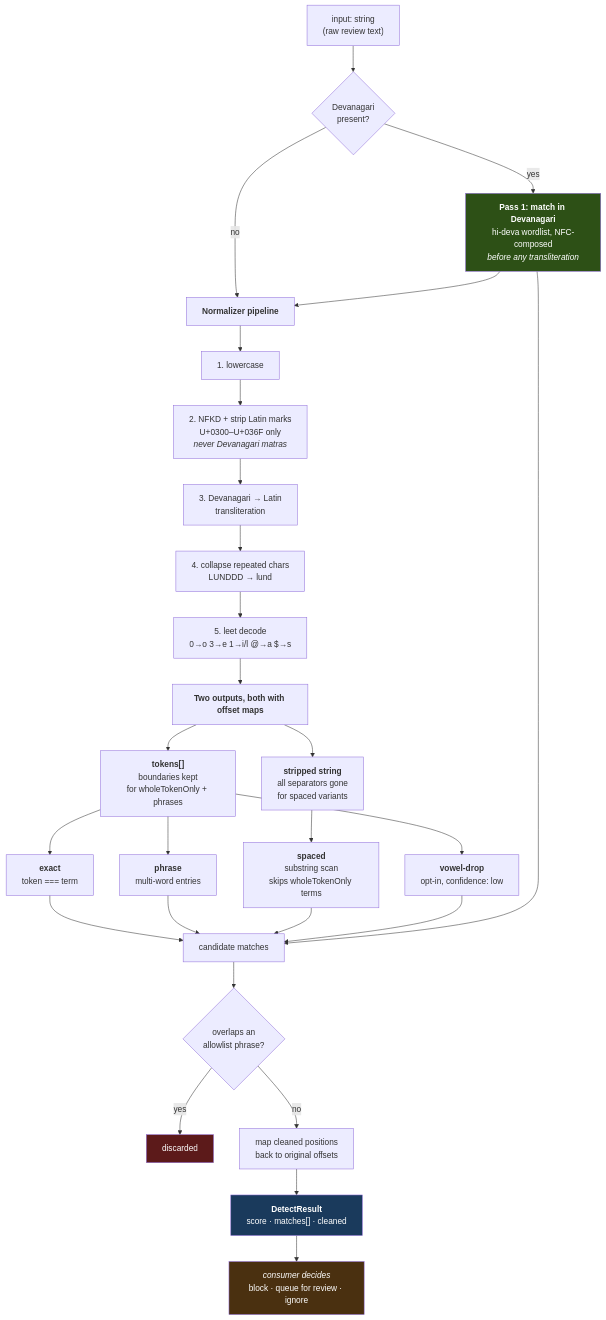
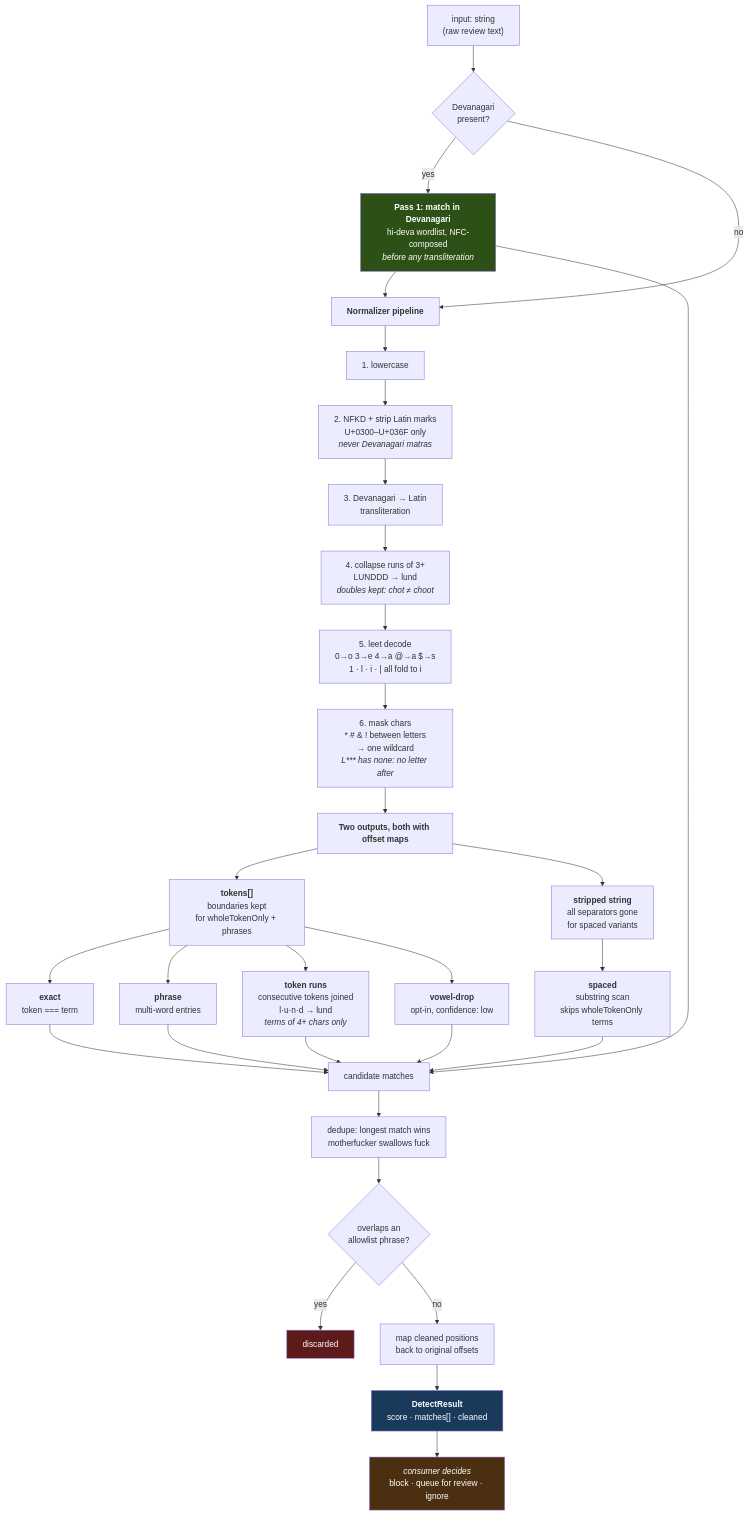
One commit to mathpalnaman/hinglish-profanity changed the first of 2 diagrams in docs/pipeline.md. Above: the diagram before and after it, drawn with Mermaid. The commit also changed other lines of this file and 2 other files, not shown here.

Commit message:
Docs: add wordlist JSON Schema, fix stale severity references
- src/wordlists/schema.json: the $schema key in all three wordlists pointed at
  a file that did not exist. Now it validates: severity 1-4, the optional
  wholeTokenOnly/ambiguous flags, and `excluded` as documentation only.
- CLAUDE.md said severity: "mild" | "severe", stale since the 1-4 change, and
  the Match shape was missing endIndex and `phrase`.
- docs/pipeline.md: diagram predated the mask-char step, the token-run matcher
  and dedupe. Adds a table of the rules the corpus forced, each with the case
  that would fail without it.

````diff
--- a/docs/pipeline.md
+++ b/docs/pipeline.md
@@ -9,41 +9,47 @@
 ```mermaid
 flowchart TD
     A["input: string<br/>(raw review text)"] --> B{"Devanagari<br/>present?"}
 
     B -- yes --> C["<b>Pass 1: match in Devanagari</b><br/>hi-deva wordlist, NFC-composed<br/><i>before any transliteration</i>"]
     B -- no --> D
     C --> D["<b>Normalizer pipeline</b>"]
 
     D --> D1["1. lowercase"]
     D1 --> D2["2. NFKD + strip Latin marks<br/>U+0300–U+036F only<br/><i>never Devanagari matras</i>"]
     D2 --> D3["3. Devanagari → Latin<br/>transliteration"]
-    D3 --> D4["4. collapse repeated chars<br/>LUNDDD → lund"]
-    D4 --> D5["5. leet decode<br/>0→o 3→e 1→i/l @→a $→s"]
-    D5 --> E["<b>Two outputs, both with offset maps</b>"]
+    D3 --> D4["4. collapse runs of 3+<br/>LUNDDD → lund<br/><i>doubles kept: chot ≠ choot</i>"]
+    D4 --> D5["5. leet decode<br/>0→o 3→e 4→a @→a $→s<br/>1 · l · i · | all fold to i"]
+    D5 --> D6["6. mask chars<br/>* # & ! between letters<br/>→ one wildcard<br/><i>L*** has none: no letter after</i>"]
+    D6 --> E["<b>Two outputs, both with offset maps</b>"]
 
     E --> E1["<b>tokens[]</b><br/>boundaries kept<br/>for wholeTokenOnly + phrases"]
     E --> E2["<b>stripped string</b><br/>all separators gone<br/>for spaced variants"]
 
     E1 --> F1["<b>exact</b><br/>token === term"]
     E1 --> F2["<b>phrase</b><br/>multi-word entries"]
+    E1 --> F5["<b>token runs</b><br/>consecutive tokens joined<br/>l·u·n·d → lund<br/><i>terms of 4+ chars only</i>"]
     E2 --> F3["<b>spaced</b><br/>substring scan<br/>skips wholeTokenOnly terms"]
     E1 --> F4["<b>vowel-drop</b><br/>opt-in, confidence: low"]
 
     F1 --> G["candidate matches"]
     F2 --> G
     F3 --> G
     F4 --> G
+    F5 --> G
     C --> G
 
-    G --> H{"overlaps an<br/>allowlist phrase?"}
+    G --> G2["dedupe: longest match wins<br/>motherfucker swallows fuck"]
+    G2 --> H
+
+    H{"overlaps an<br/>allowlist phrase?"}
     H -- yes --> H1["discarded"]
     H -- no --> I["map cleaned positions<br/>back to original offsets"]
 
     I --> J["<b>DetectResult</b><br/>score · matches[] · cleaned"]
     J --> K["<i>consumer decides</i><br/>block · queue for review · ignore"]
 
     style C fill:#2d5016,color:#fff
     style J fill:#1a3a5c,color:#fff
     style K fill:#4a3010,color:#fff
     style H1 fill:#5c1a1a,color:#fff
 ```
````
